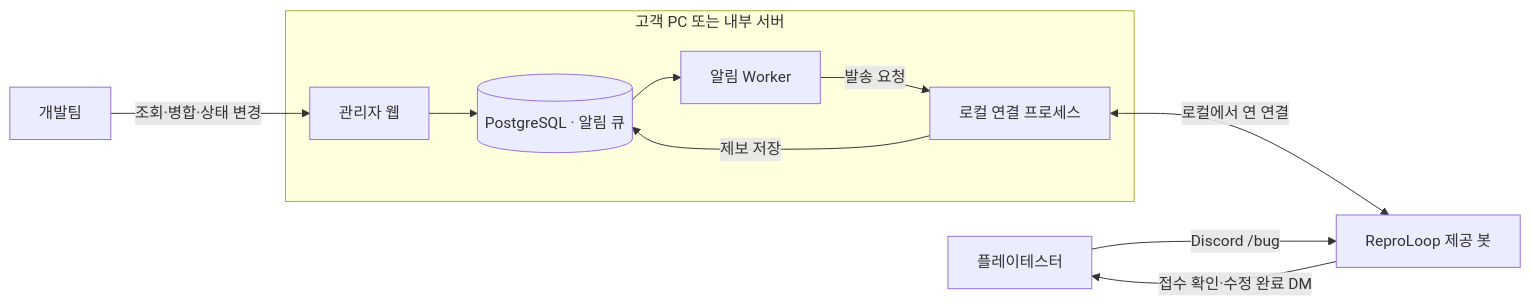
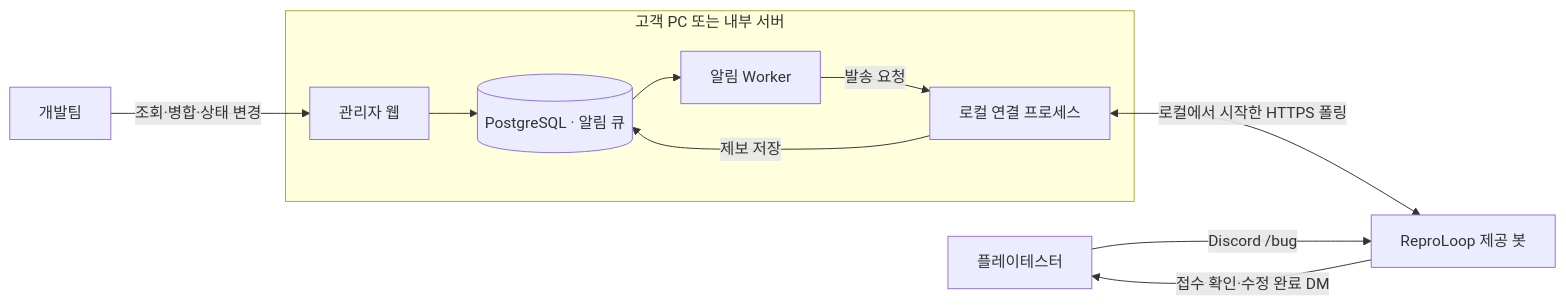
One commit to kyjglobal/reproloop changed the diagram in README.md. Above: the diagram before and after it, drawn with Mermaid. The commit also changed other lines of this file and 58 other files, not shown here.

````diff
--- a/README.md
+++ b/README.md
@@ -51,13 +51,13 @@
 ```mermaid
 flowchart LR
     Tester["플레이테스터"] -->|Discord /bug| Bot["ReproLoop 제공 봇"]
     Developer["개발팀"] -->|조회·병합·상태 변경| Web
     subgraph Local["고객 PC 또는 내부 서버"]
         Web["관리자 웹"] --> DB[("PostgreSQL · 알림 큐")]
         Connector["로컬 연결 프로세스"] -->|제보 저장| DB
         DB --> Worker["알림 Worker"]
         Worker -->|발송 요청| Connector
     end
-    Connector <-->|로컬에서 연 연결| Bot
+    Connector <-->|로컬에서 시작한 HTTPS 폴링| Bot
     Bot -->|접수 확인·수정 완료 DM| Tester
 ```
````
